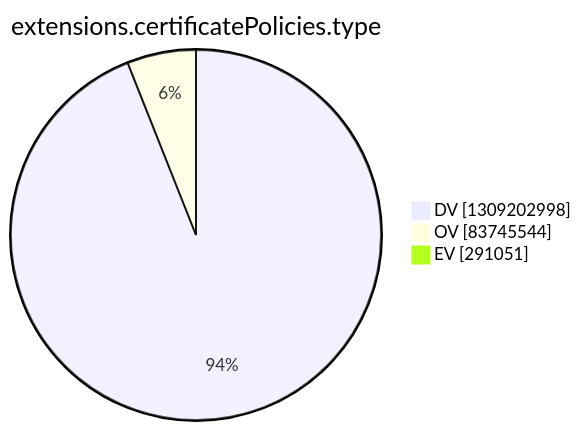
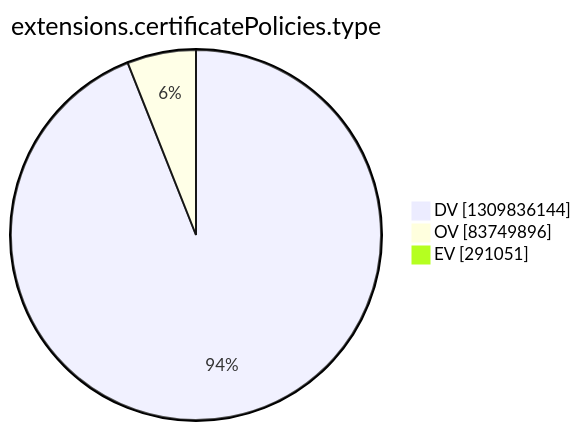
Before and after one commit to christiankrug/ctmonitor_visualization: the tenth of 15 diagrams in argon2022/README.md, drawn with Mermaid. The commit also changed other lines of this file, not shown here.

````diff
--- a/argon2022/README.md
+++ b/argon2022/README.md
@@ -2772,7 +2772,7 @@
 ```mermaid
 pie showData
 title extensions.certificatePolicies.type
-"DV" :1309202998
-"OV" :83745544
+"DV" :1309836144
+"OV" :83749896
 "EV" :291051
 ```
````
